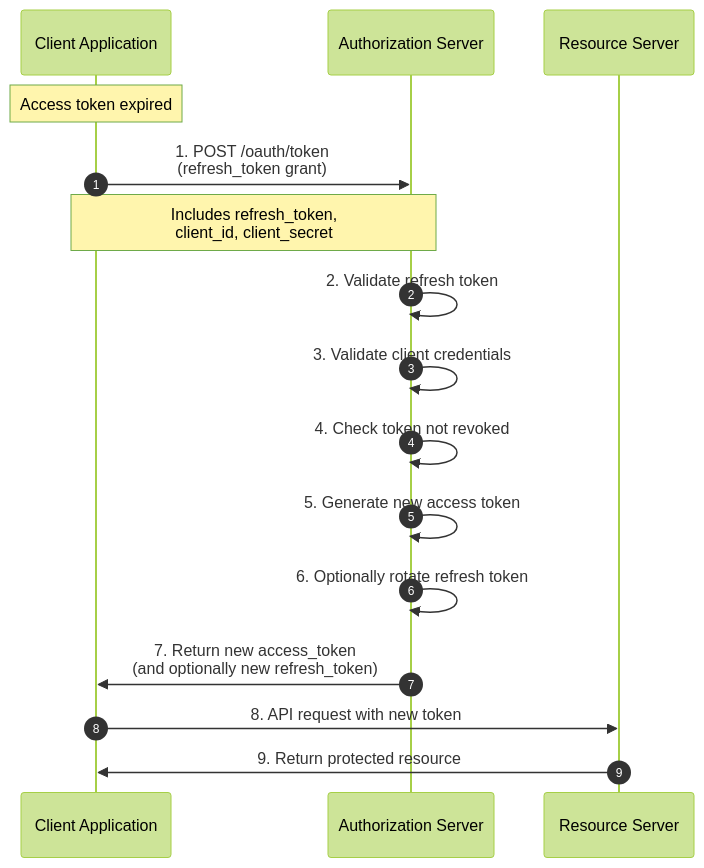
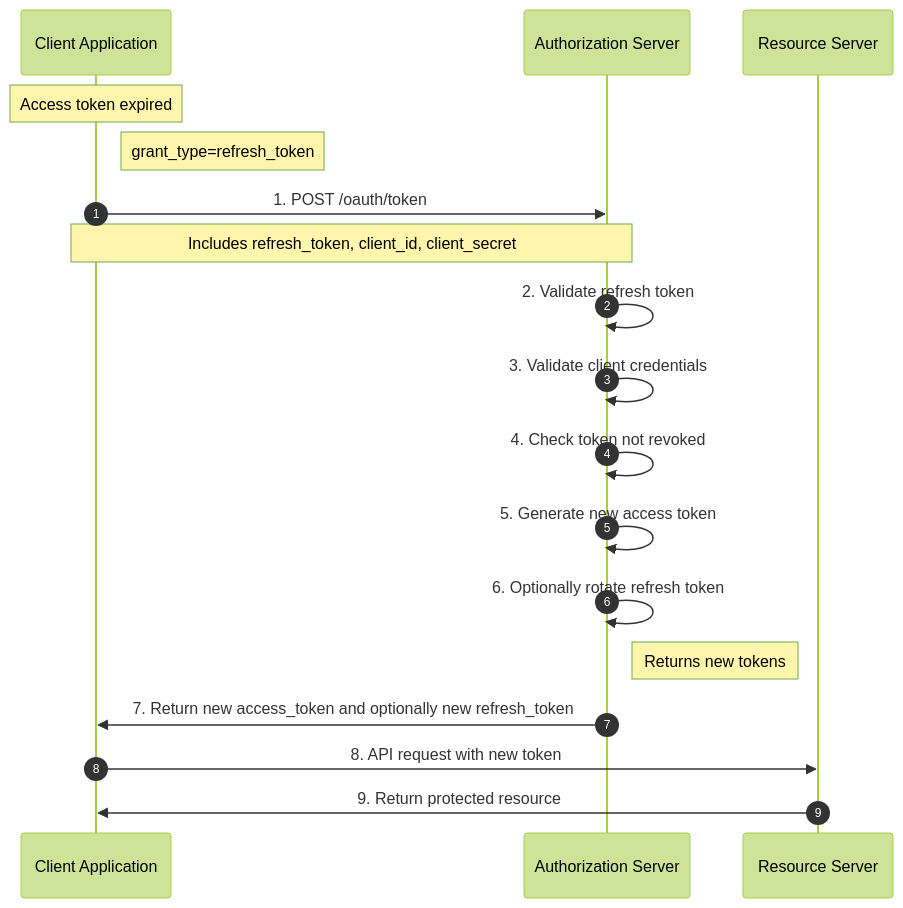
The first of 3 diagrams in docs/flows/refresh-token.md (ianlintner/rust-oauth2-server), drawn with Mermaid (forest theme) before and after one commit. The commit also changed 11 other files, not shown here.

First line of the commit message:
Fix mermaid diagram labels and improve markdown formatting (#28)

````diff
--- a/docs/flows/refresh-token.md
+++ b/docs/flows/refresh-token.md
@@ -22,23 +22,25 @@
 ```mermaid
 sequenceDiagram
     autonumber
     participant Client as Client Application
     participant AuthServer as Authorization Server
     participant ResourceServer as Resource Server
     
     Note over Client: Access token expired
     
-    Client->>AuthServer: 1. POST /oauth/token<br/>(refresh_token grant)
-    Note over Client,AuthServer: Includes refresh_token,<br/>client_id, client_secret
+    Note right of Client: grant_type=refresh_token
+    Client->>AuthServer: 1. POST /oauth/token
+    Note over Client,AuthServer: Includes refresh_token, client_id, client_secret
     
     AuthServer->>AuthServer: 2. Validate refresh token
     AuthServer->>AuthServer: 3. Validate client credentials
     AuthServer->>AuthServer: 4. Check token not revoked
     AuthServer->>AuthServer: 5. Generate new access token
     AuthServer->>AuthServer: 6. Optionally rotate refresh token
     
-    AuthServer->>Client: 7. Return new access_token<br/>(and optionally new refresh_token)
+    Note right of AuthServer: Returns new tokens
+    AuthServer->>Client: 7. Return new access_token and optionally new refresh_token
     
     Client->>ResourceServer: 8. API request with new token
     ResourceServer->>Client: 9. Return protected resource
 ```
````
